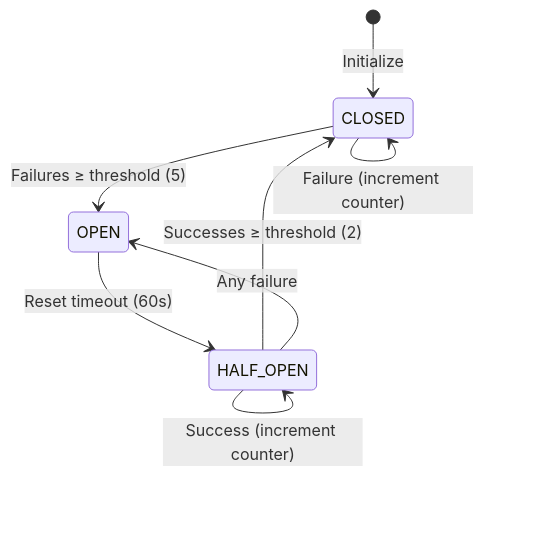
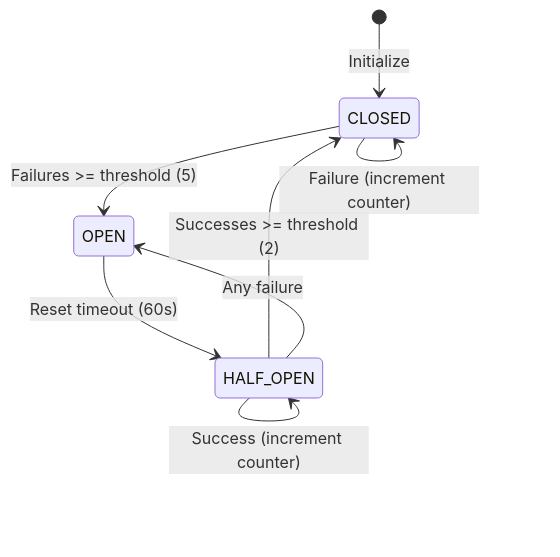
Before and after one commit to astoreyai/t4d: the second of 5 diagrams in docs/diagrams/storage_resilience.md, drawn with Mermaid. The commit also changed other lines of this file and 31 other files, not shown here.

````diff
--- a/docs/diagrams/storage_resilience.md
+++ b/docs/diagrams/storage_resilience.md
@@ -72,11 +68,11 @@
 ```mermaid
 stateDiagram-v2
     [*] --> CLOSED: Initialize
-    CLOSED --> OPEN: Failures ≥ threshold (5)
+    CLOSED --> OPEN: Failures >= threshold (5)
     OPEN --> HALF_OPEN: Reset timeout (60s)
-    HALF_OPEN --> CLOSED: Successes ≥ threshold (2)
+    HALF_OPEN --> CLOSED: Successes >= threshold (2)
     HALF_OPEN --> OPEN: Any failure
     CLOSED --> CLOSED: Success (reset counter)
     CLOSED --> CLOSED: Failure (increment counter)
     HALF_OPEN --> HALF_OPEN: Success (increment counter)
 ```
````
